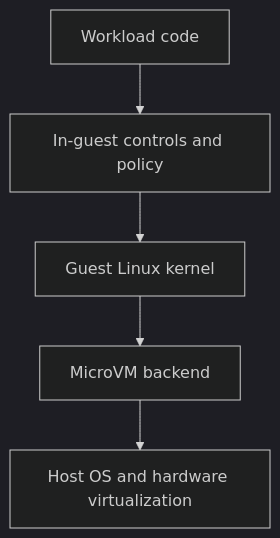
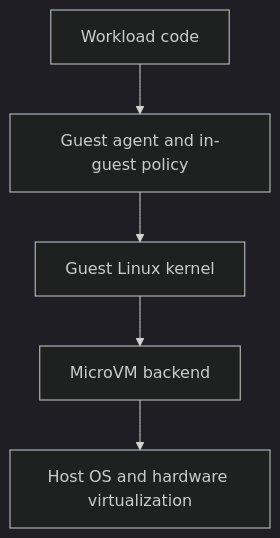
Before and after one commit to tinylabscom/mvm: the first of 3 diagrams in public/src/content/blog/secure-by-design-microvms-and-nix.md, drawn with Mermaid (dark theme). The commit also changed other lines of this file and 2 other files, not shown here.

````diff
--- a/public/src/content/blog/secure-by-design-microvms-and-nix.md
+++ b/public/src/content/blog/secure-by-design-microvms-and-nix.md
@@ -68,13 +55,13 @@
 ```mermaid
 flowchart TB
   Workload["Workload code"]
-  Policy["In-guest controls and policy"]
+  Agent["Guest agent and in-guest policy"]
   Guest["Guest Linux kernel"]
   VMM["MicroVM backend"]
   Host["Host OS and hardware virtualization"]
 
-  Workload --> Policy
-  Policy --> Guest
+  Workload --> Agent
+  Agent --> Guest
   Guest --> VMM
   VMM --> Host
 ```
````
